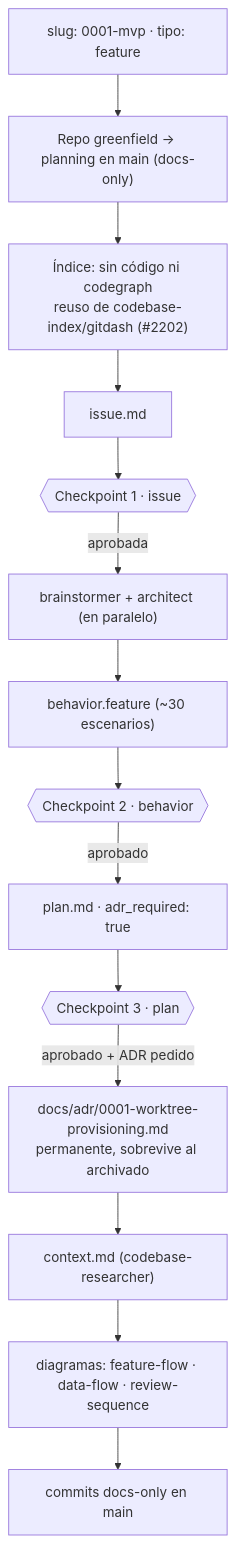
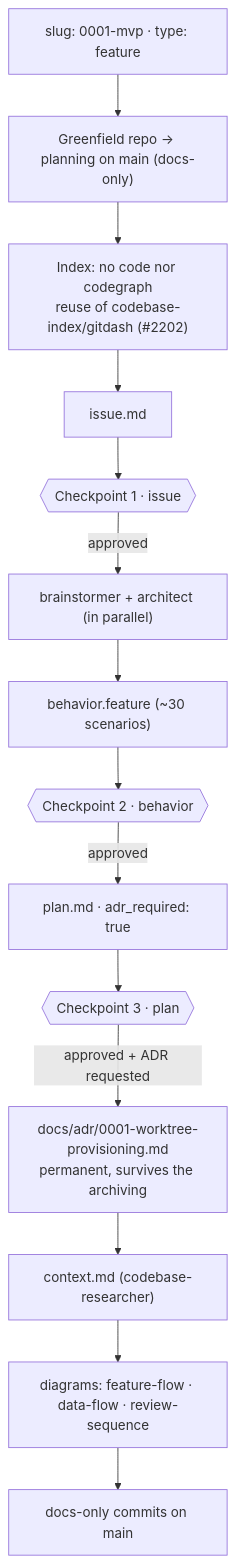
One commit to Sovengar/prdash changed the first of 2 diagrams in docs/planning/archive/0001-mvp/diagrams/process-flow.md. Above: the diagram before and after it, drawn with Mermaid. The commit also changed other lines of this file and 331 other files, not shown here.

````diff
--- a/docs/planning/archive/0001-mvp/diagrams/process-flow.md
+++ b/docs/planning/archive/0001-mvp/diagrams/process-flow.md
@@ -8,16 +8,16 @@
 ```mermaid
 flowchart TD
-    S["slug: 0001-mvp · tipo: feature"] --> W["Repo greenfield → planning en main (docs-only)"]
-    W --> IDX["Índice: sin código ni codegraph<br/>reuso de codebase-index/gitdash (#2202)"]
+    S["slug: 0001-mvp · type: feature"] --> W["Greenfield repo → planning on main (docs-only)"]
+    W --> IDX["Index: no code nor codegraph<br/>reuse of codebase-index/gitdash (#2202)"]
     IDX --> ISS["issue.md"]
     ISS --> Q1{{"Checkpoint 1 · issue"}}
-    Q1 -->|aprobada| BA["brainstormer + architect (en paralelo)"]
-    BA --> BF["behavior.feature (~30 escenarios)"]
+    Q1 -->|approved| BA["brainstormer + architect (in parallel)"]
+    BA --> BF["behavior.feature (~30 scenarios)"]
     BF --> Q2{{"Checkpoint 2 · behavior"}}
-    Q2 -->|aprobado| PL["plan.md · adr_required: true"]
+    Q2 -->|approved| PL["plan.md · adr_required: true"]
     PL --> Q3{{"Checkpoint 3 · plan"}}
-    Q3 -->|"aprobado + ADR pedido"| ADR["docs/adr/0001-worktree-provisioning.md<br/>permanente, sobrevive al archivado"]
+    Q3 -->|"approved + ADR requested"| ADR["docs/adr/0001-worktree-provisioning.md<br/>permanent, survives the archiving"]
     ADR --> CTX["context.md (codebase-researcher)"]
-    CTX --> DG["diagramas: feature-flow · data-flow · review-sequence"]
-    DG --> CM["commits docs-only en main"]
+    CTX --> DG["diagrams: feature-flow · data-flow · review-sequence"]
+    DG --> CM["docs-only commits on main"]
 ```
````
